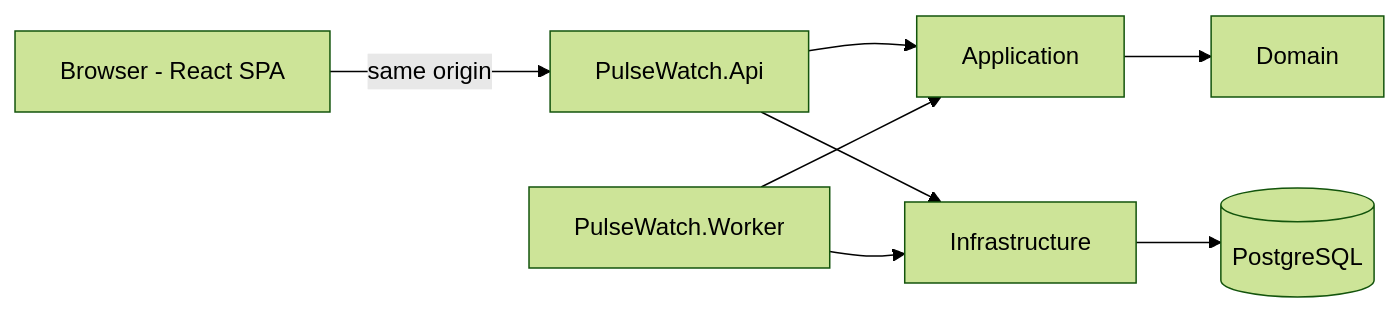
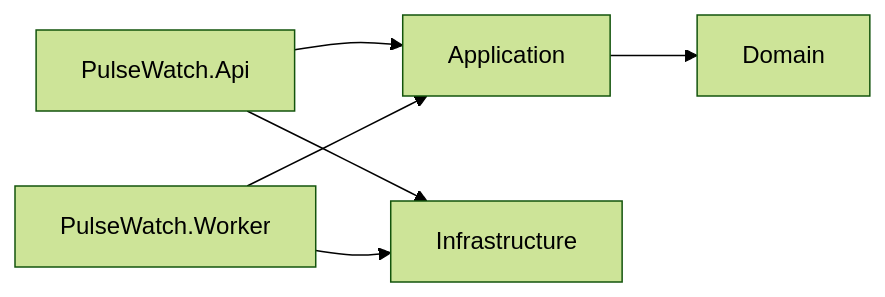
One commit to ThiliX/pulsewatch changed the second of 2 diagrams in README.md. Above: the diagram before and after it, drawn with Mermaid (forest theme). The commit also changed other lines of this file and 47 other files, not shown here.

````diff
--- a/README.md
+++ b/README.md
@@ -35,10 +53,8 @@
 ```mermaid
 flowchart LR
-  B[Browser - React SPA] -->|same origin| API[PulseWatch.Api]
-  API --> APP[Application]
+  API[PulseWatch.Api] --> APP[Application]
   W[PulseWatch.Worker] --> APP
   APP --> DOM[Domain]
   API --> INF[Infrastructure]
   W --> INF
-  INF --> DB[(PostgreSQL)]
 ```
````
